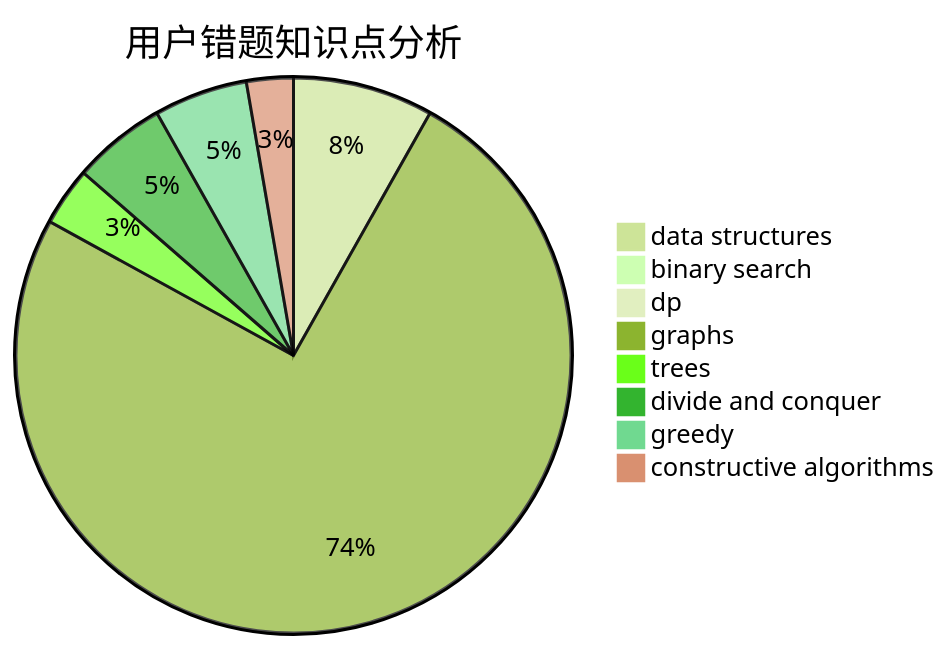
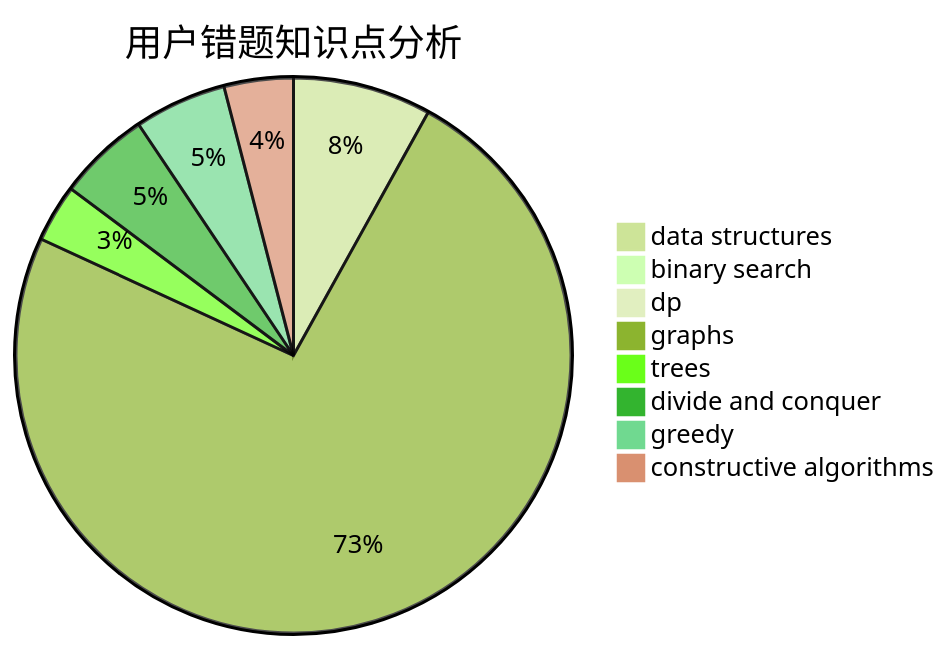
The third of 3 diagrams in docs/user/u1900.md (sherpahu/cfrs.github.io), drawn with Mermaid (forest theme) before and after one commit. The commit also changed other lines of this file and 2770 other files, not shown here.

````diff
--- a/docs/user/u1900.md
+++ b/docs/user/u1900.md
@@ -36,11 +36,11 @@
 ```mermaid
 pie title 用户错题知识点分析
     "data structures" :  12
     "binary search" :  1
     "dp" :  1
     "graphs" :  110
     "trees" :  5
     "divide and conquer" :  8
     "greedy" :  8
-    "constructive algorithms" :  4
+    "constructive algorithms" :  6
 ```
````
